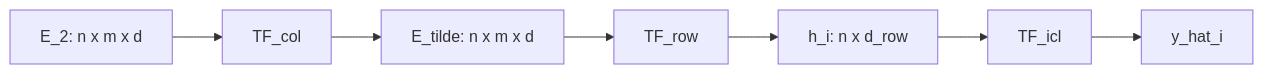
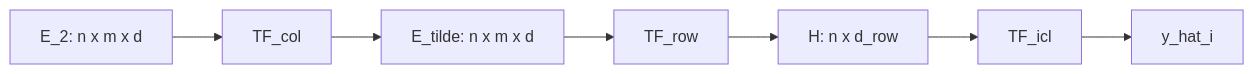
The diagram in blog/20260528-understanding-tfm-architecture-of-tabiclv2-3.md (msaharan/dsaiengineering), drawn with Mermaid before and after one commit. The commit also changed other lines of this file and 5 other files, not shown here.

````diff
--- a/blog/20260528-understanding-tfm-architecture-of-tabiclv2-3.md
+++ b/blog/20260528-understanding-tfm-architecture-of-tabiclv2-3.md
@@ -51,9 +51,9 @@
 ```mermaid
 flowchart LR
   E2["E_2: n x m x d"] --> TFcol["TF_col"]
   TFcol --> Etilde["E_tilde: n x m x d"]
   Etilde --> TFrow["TF_row"]
-  TFrow --> Hi["h_i: n x d_row"]
-  Hi --> TFicl["TF_icl"]
+  TFrow --> H["H: n x d_row"]
+  H --> TFicl["TF_icl"]
   TFicl --> Yhat["y_hat_i"]
 ```
````
